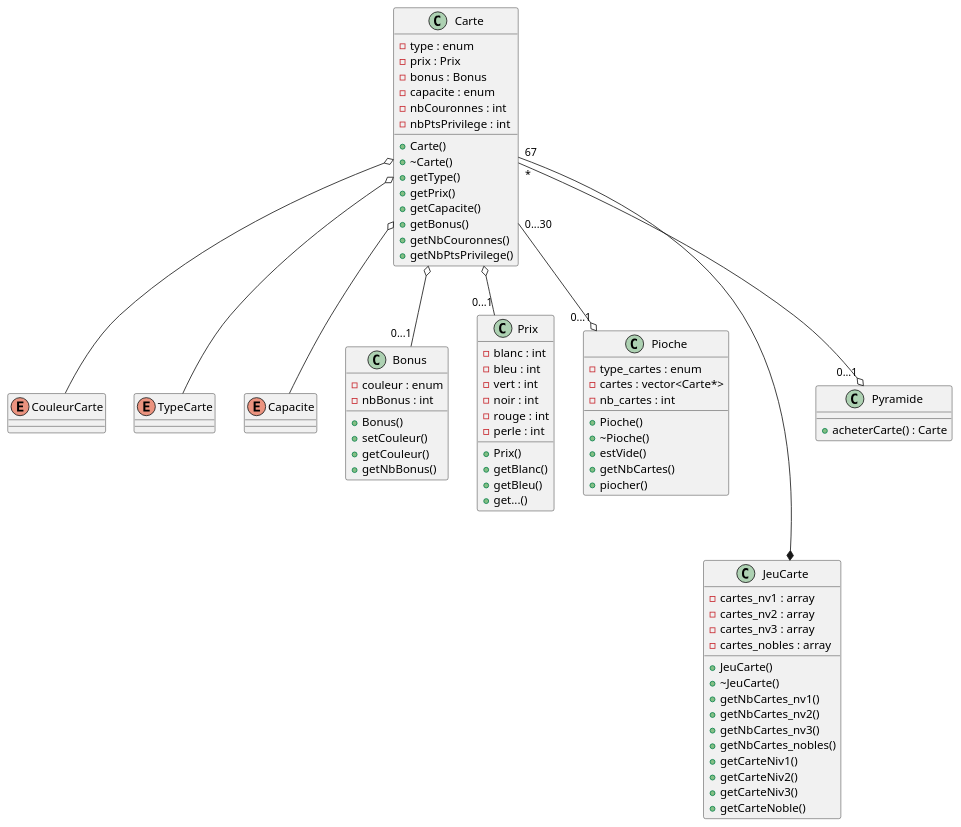
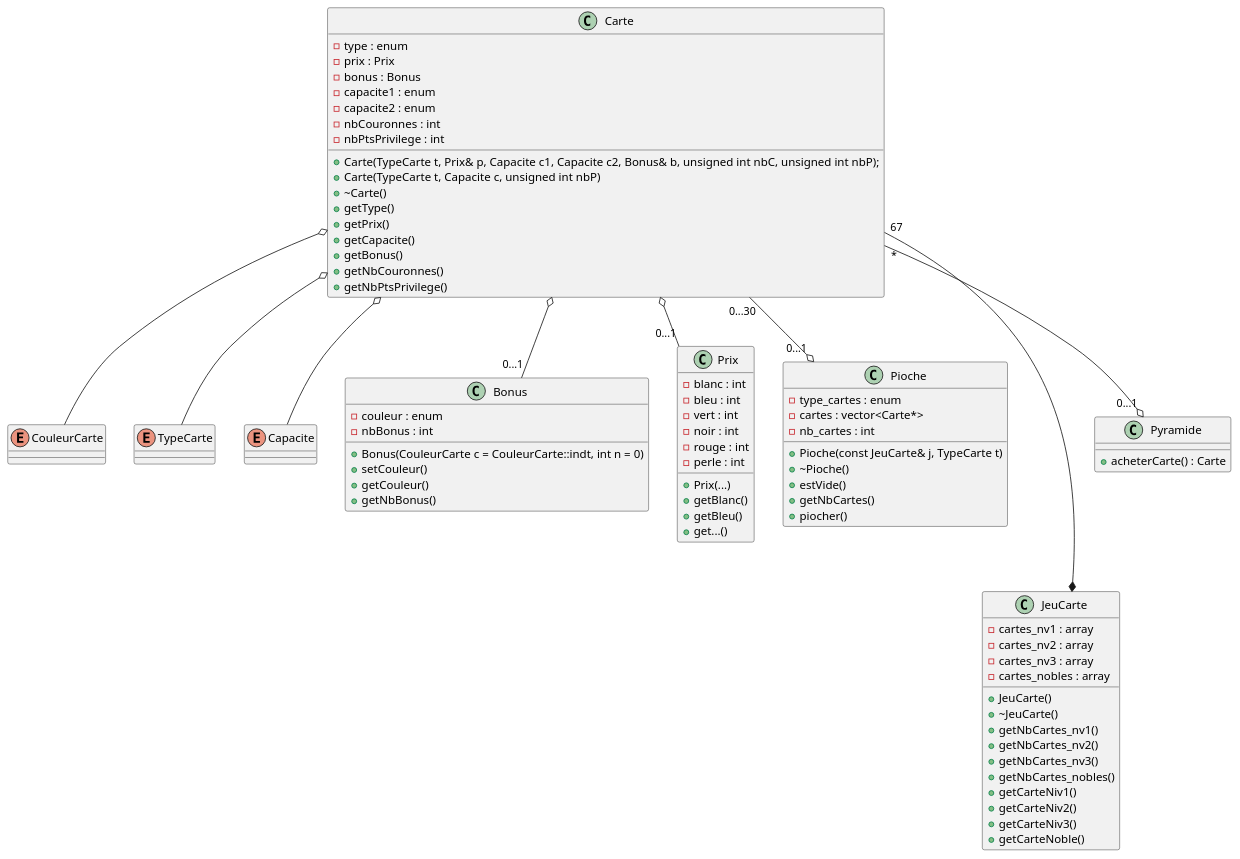
One commit to theguega/OOP-Board-Game changed the diagram in uml/cartes/cartes.plantuml. Above: the diagram before and after it, drawn with PlantUML. The commit also changed 2 other files, not shown here.

```diff
--- a/uml/cartes/cartes.plantuml
+++ b/uml/cartes/cartes.plantuml
@@ -1,87 +1,89 @@
 @startuml
 enum CouleurCarte
 
 enum TypeCarte
 
 enum Capacite
 
 class Carte{
     - type : enum
     - prix : Prix
     - bonus : Bonus
-    - capacite : enum
+    - capacite1 : enum
+    - capacite2 : enum
     - nbCouronnes : int
     - nbPtsPrivilege : int
-    + Carte()
+    + Carte(TypeCarte t, Prix& p, Capacite c1, Capacite c2, Bonus& b, unsigned int nbC, unsigned int nbP);
+    + Carte(TypeCarte t, Capacite c, unsigned int nbP)
     + ~Carte()
     + getType()
     + getPrix() 
     + getCapacite()
     + getBonus()
     + getNbCouronnes() 
     + getNbPtsPrivilege()
 }
 
 class Bonus{
     - couleur : enum
     - nbBonus : int
-    + Bonus()
+    + Bonus(CouleurCarte c = CouleurCarte::indt, int n = 0)
     + setCouleur()
     + getCouleur()
     + getNbBonus()
 }
 
 class Prix{
     - blanc : int
     - bleu : int
     - vert : int
     - noir : int
     - rouge : int
     - perle : int
-    + Prix()
+    + Prix(...)
     + getBlanc()
     + getBleu()
     + get...()
 }
 
 class Pioche {
     - type_cartes : enum
     - cartes : vector<Carte*>
     - nb_cartes : int
-    + Pioche()
+    + Pioche(const JeuCarte& j, TypeCarte t)
     + ~Pioche()
     + estVide()
     + getNbCartes()
     + piocher()
 }
 
 class JeuCarte {
     - cartes_nv1 : array
     - cartes_nv2 : array
     - cartes_nv3 : array
     - cartes_nobles : array
     + JeuCarte()
     + ~JeuCarte()
     + getNbCartes_nv1()
     + getNbCartes_nv2()
     + getNbCartes_nv3()
     + getNbCartes_nobles()
     + getCarteNiv1()
     + getCarteNiv2()
     + getCarteNiv3()
     + getCarteNoble()
 }
 
 class Pyramide {
     + acheterCarte() : Carte
 }
 
 Carte "67"---* JeuCarte
 Carte "*" --o "0...1" Pyramide
 Carte "0...30" --o "0...1" Pioche
 Carte o-- "0...1" Bonus
 Carte o-- "0...1"Prix
 Carte o-- CouleurCarte
 Carte o-- TypeCarte
 Carte o-- Capacite
 @enduml
```
